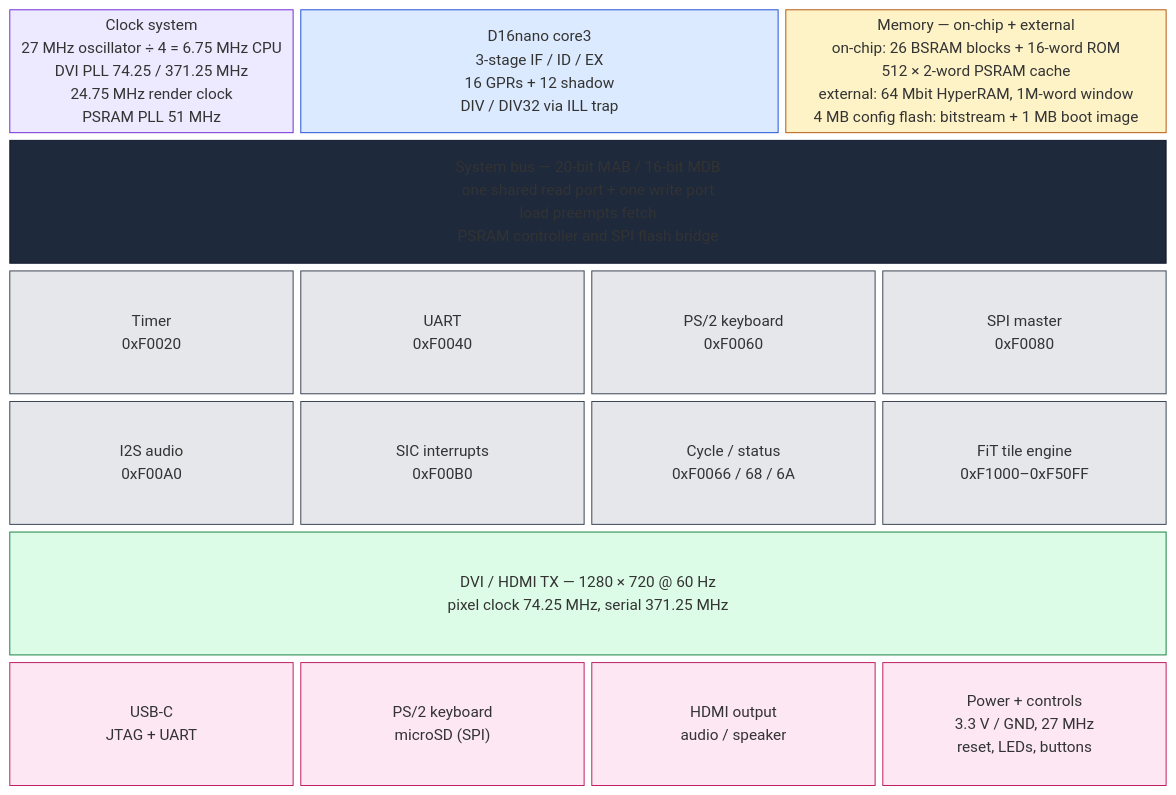
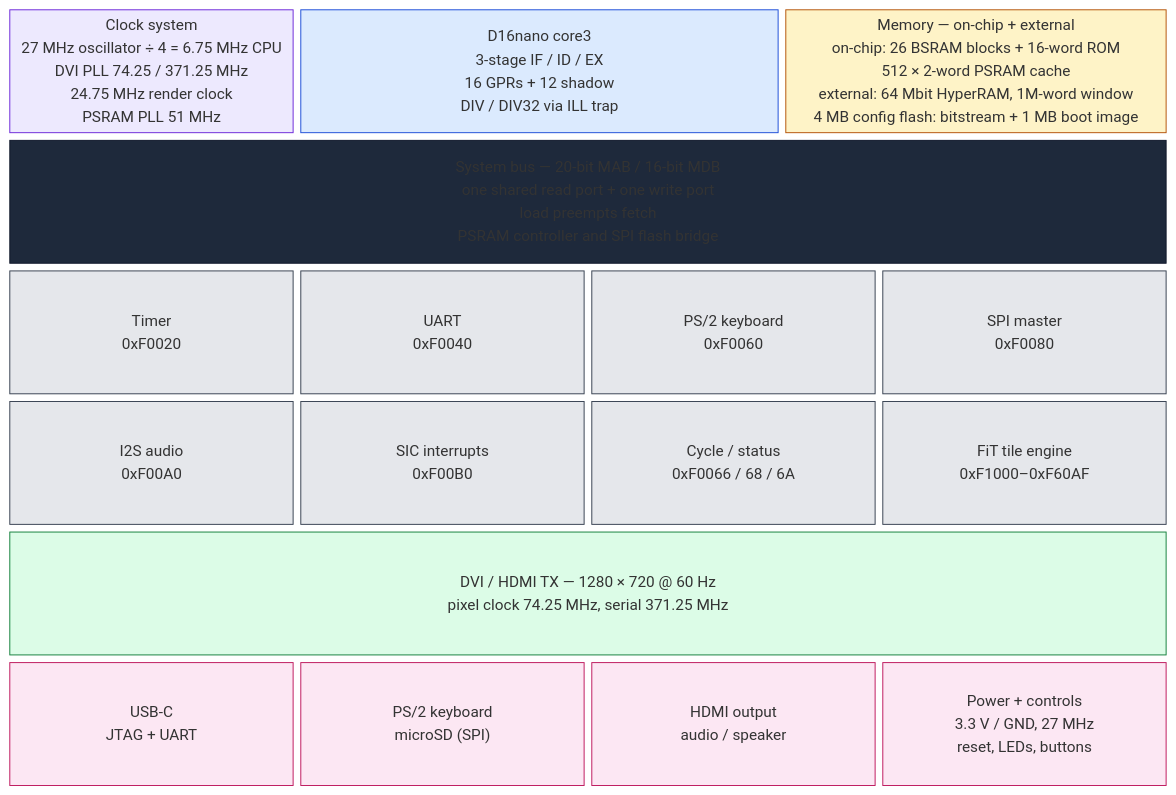
The diagram in doc/BLOCKARCH.mmd (olfp/Deep16), drawn with Mermaid before and after one commit. The commit also changed 33 other files, not shown here.

```diff
--- a/doc/BLOCKARCH.mmd
+++ b/doc/BLOCKARCH.mmd
@@ -1,41 +1,41 @@
 block-beta
   columns 12
 
   CLK["Clock system<br/>27 MHz oscillator ÷ 4 = 6.75 MHz CPU<br/>DVI PLL 74.25 / 371.25 MHz<br/>24.75 MHz render clock<br/>PSRAM PLL 51 MHz"]:3
   CPU["D16nano core3<br/>3-stage IF / ID / EX<br/>16 GPRs + 12 shadow<br/>DIV / DIV32 via ILL trap"]:5
   MEM["Memory — on-chip + external<br/>on-chip: 26 BSRAM blocks + 16-word ROM<br/>512 × 2-word PSRAM cache<br/>external: 64 Mbit HyperRAM, 1M-word window<br/>4 MB config flash: bitstream + 1 MB boot image"]:4
 
   BUS["System bus — 20-bit MAB / 16-bit MDB<br/>one shared read port + one write port<br/>load preempts fetch<br/>PSRAM controller and SPI flash bridge"]:12
 
   TIMER["Timer<br/>0xF0020"]:3
   UART["UART<br/>0xF0040"]:3
   KBD["PS/2 keyboard<br/>0xF0060"]:3
   SPI["SPI master<br/>0xF0080"]:3
 
   I2S["I2S audio<br/>0xF00A0"]:3
   SIC["SIC interrupts<br/>0xF00B0"]:3
   CYCLE["Cycle / status<br/>0xF0066 / 68 / 6A"]:3
-  TILE["FiT tile engine<br/>0xF1000–0xF50FF"]:3
+  TILE["FiT tile engine<br/>0xF1000–0xF60AF"]:3
 
   DVI["DVI / HDMI TX — 1280 × 720 @ 60 Hz<br/>pixel clock 74.25 MHz, serial 371.25 MHz"]:12
 
   USB["USB-C<br/>JTAG + UART"]:3
   PS2["PS/2 keyboard<br/>microSD (SPI)"]:3
   HDMI["HDMI output<br/>audio / speaker"]:3
   PWR["Power + controls<br/>3.3 V / GND, 27 MHz<br/>reset, LEDs, buttons"]:3
 
   classDef clock fill:#ede9fe,stroke:#6d28d9,color:#3b0764
   classDef cpu fill:#dbeafe,stroke:#1d4ed8,color:#172554
   classDef mem fill:#fef3c7,stroke:#b45309,color:#451a03
   classDef per fill:#e5e7eb,stroke:#374151,color:#111827
   classDef bus fill:#1e293b,stroke:#0f172a,color:#f8fafc
   classDef video fill:#dcfce7,stroke:#15803d,color:#052e16
   classDef io fill:#fce7f3,stroke:#be185d,color:#500724
 
   class CLK clock
   class CPU cpu
   class MEM mem
   class BUS bus
   class TIMER,UART,KBD,SPI,I2S,SIC,CYCLE,TILE per
   class DVI video
   class USB,PS2,HDMI,PWR io
```
